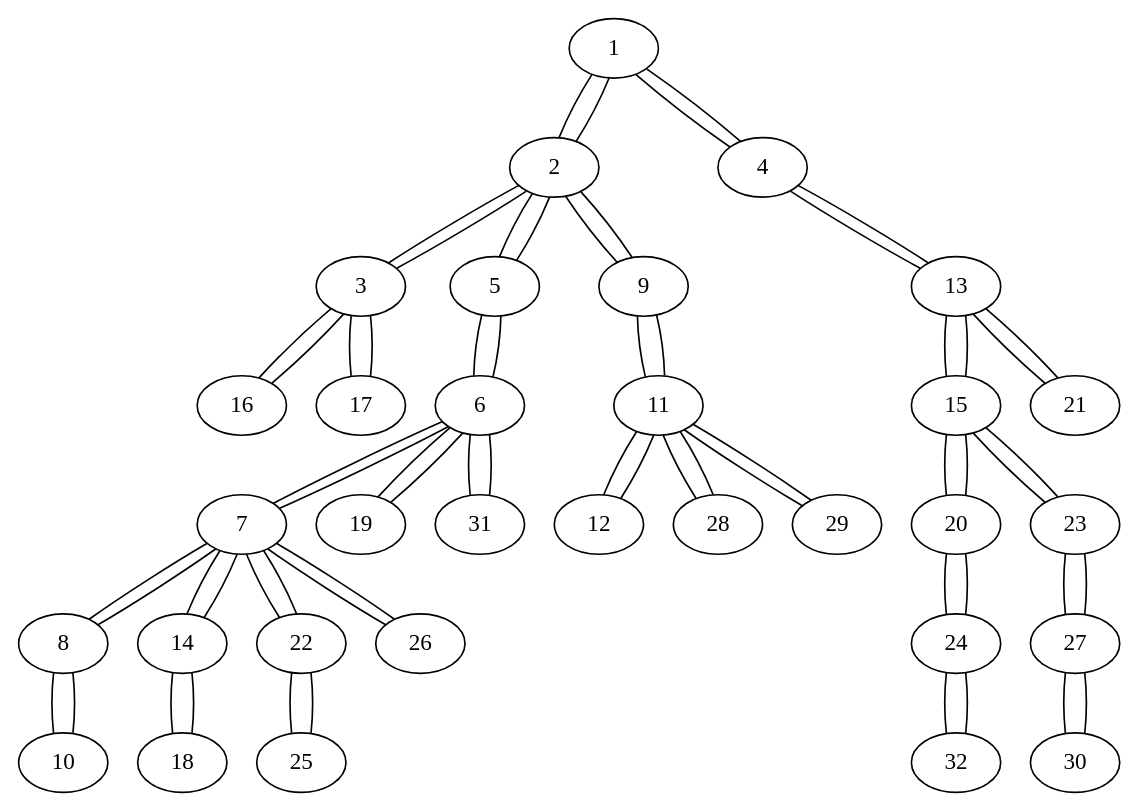
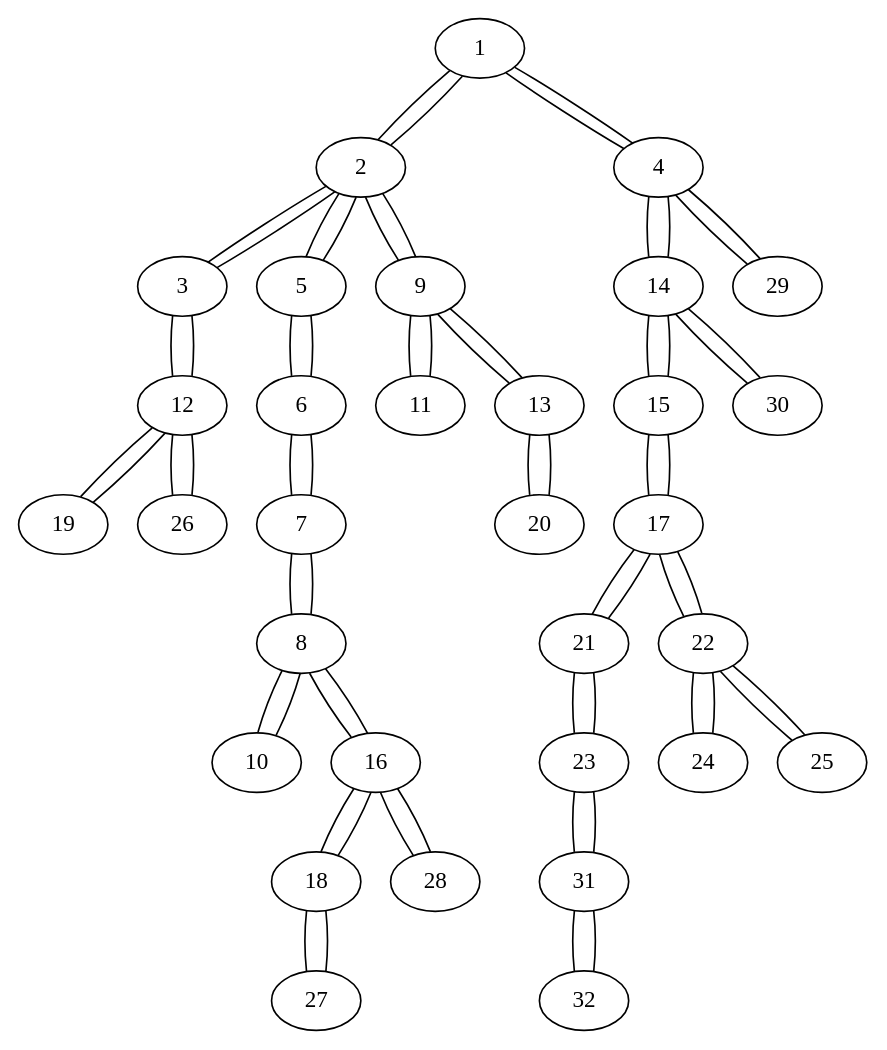
One commit to Sevenudeloin/project-ISIM changed the diagram in images/DLA/DLA_graph.dot. Above: the diagram before and after it, drawn with Graphviz. The commit also changed 5 other files, not shown here.

```diff
--- a/images/DLA/DLA_graph.dot
+++ b/images/DLA/DLA_graph.dot
@@ -1,64 +1,64 @@
 graph DLA {
     1 -- 2;
     1 -- 4;
     2 -- 1;
     2 -- 3;
     2 -- 5;
     2 -- 9;
     3 -- 2;
-    3 -- 16;
-    3 -- 17;
+    3 -- 12;
     4 -- 1;
-    4 -- 13;
+    4 -- 14;
+    4 -- 29;
     5 -- 2;
     5 -- 6;
     6 -- 5;
     6 -- 7;
-    6 -- 19;
-    6 -- 31;
     7 -- 6;
     7 -- 8;
-    7 -- 14;
-    7 -- 22;
-    7 -- 26;
     8 -- 7;
     8 -- 10;
+    8 -- 16;
     9 -- 2;
     9 -- 11;
+    9 -- 13;
     10 -- 8;
     11 -- 9;
-    11 -- 12;
-    11 -- 28;
-    11 -- 29;
-    12 -- 11;
-    13 -- 4;
-    13 -- 15;
-    13 -- 21;
-    14 -- 7;
-    14 -- 18;
-    15 -- 13;
-    15 -- 20;
-    15 -- 23;
-    16 -- 3;
-    17 -- 3;
-    18 -- 14;
-    19 -- 6;
-    20 -- 15;
-    20 -- 24;
-    21 -- 13;
-    22 -- 7;
+    12 -- 3;
+    12 -- 19;
+    12 -- 26;
+    13 -- 9;
+    13 -- 20;
+    14 -- 4;
+    14 -- 15;
+    14 -- 30;
+    15 -- 14;
+    15 -- 17;
+    16 -- 8;
+    16 -- 18;
+    16 -- 28;
+    17 -- 15;
+    17 -- 21;
+    17 -- 22;
+    18 -- 16;
+    18 -- 27;
+    19 -- 12;
+    20 -- 13;
+    21 -- 17;
+    21 -- 23;
+    22 -- 17;
+    22 -- 24;
     22 -- 25;
-    23 -- 15;
-    23 -- 27;
-    24 -- 20;
-    24 -- 32;
+    23 -- 21;
+    23 -- 31;
+    24 -- 22;
     25 -- 22;
-    26 -- 7;
-    27 -- 23;
-    27 -- 30;
-    28 -- 11;
-    29 -- 11;
-    30 -- 27;
-    31 -- 6;
-    32 -- 24;
+    26 -- 12;
+    27 -- 18;
+    28 -- 16;
+    29 -- 4;
+    30 -- 14;
+    31 -- 23;
+    31 -- 32;
+    32 -- 31;
 }
```
